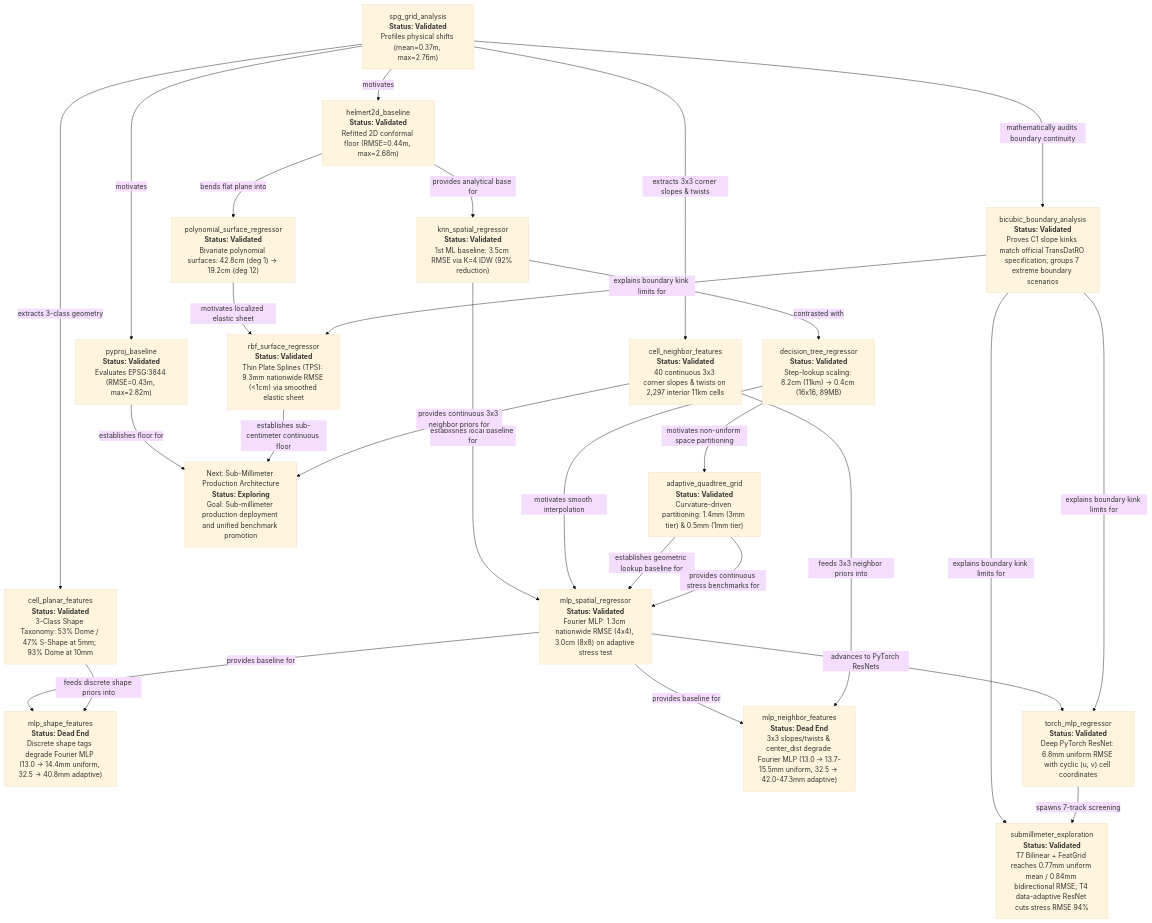
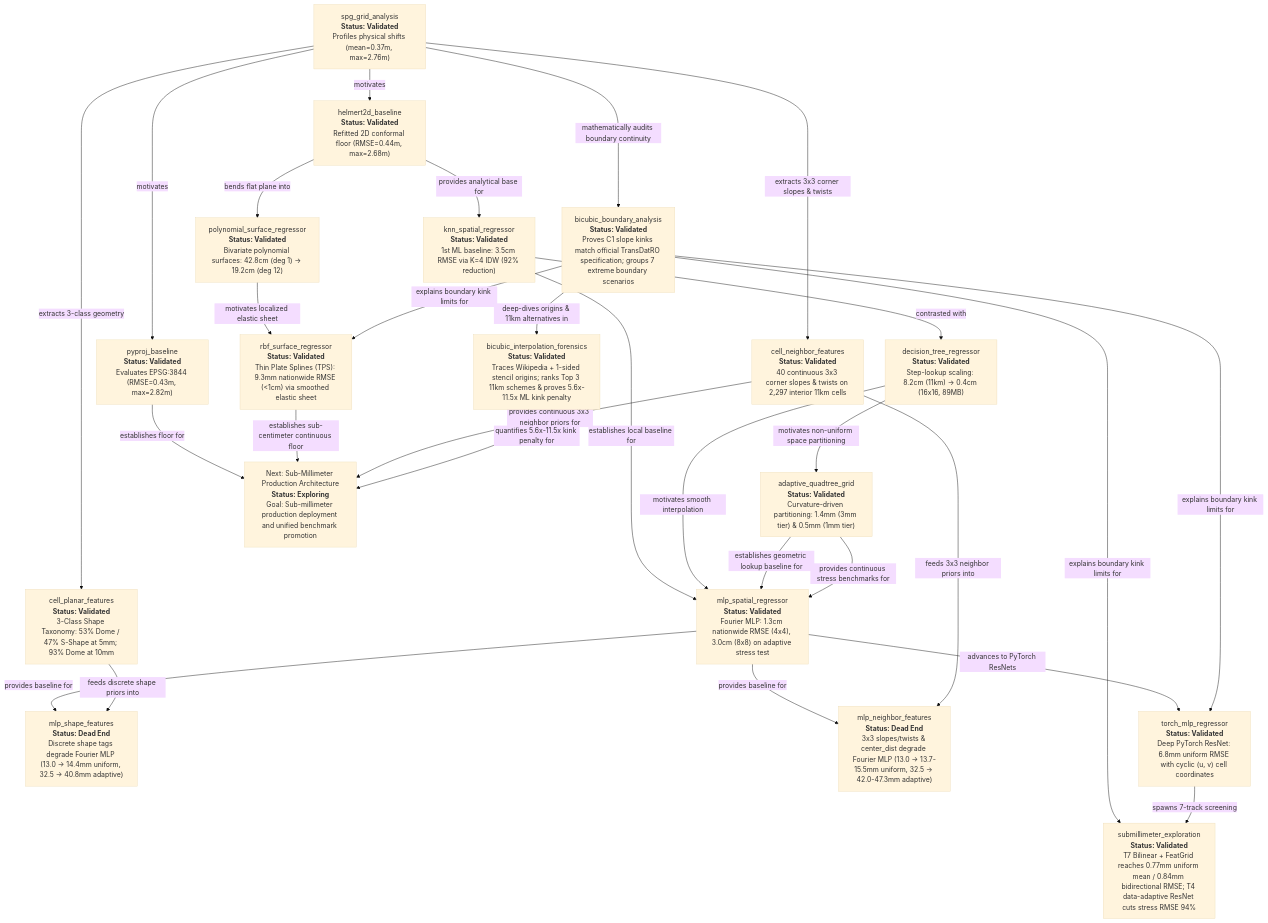
One commit to bogdanmorosanu/ml_transdat changed the diagram in docs/research/roadmap.md. Above: the diagram before and after it, drawn with Mermaid (base theme). The commit also changed other lines of this file and 17 other files, not shown here.

First line of the commit message:
feat(forensics): add bicubic interpolation forensics experiment and 11km alternatives

````diff
--- a/docs/research/roadmap.md
+++ b/docs/research/roadmap.md
@@ -11,47 +11,50 @@
 ```mermaid
 flowchart TD
     SPG["spg_grid_analysis<br><b>Status: Validated</b><br>Profiles physical shifts (mean=0.37m, max=2.76m)"]
     PROJ["pyproj_baseline<br><b>Status: Validated</b><br>Evaluates EPSG:3844 (RMSE=0.43m, max=2.82m)"]
     H2D["helmert2d_baseline<br><b>Status: Validated</b><br>Refitted 2D conformal floor (RMSE=0.44m, max=2.68m)"]
     POLY["polynomial_surface_regressor<br><b>Status: Validated</b><br>Bivariate polynomial surfaces: 42.8cm (deg 1) -> 19.2cm (deg 12)"]
     RBF["rbf_surface_regressor<br><b>Status: Validated</b><br>Thin Plate Splines (TPS): 9.3mm nationwide RMSE (<1cm) via smoothed elastic sheet"]
     KNN["knn_spatial_regressor<br><b>Status: Validated</b><br>1st ML baseline: 3.5cm RMSE via K=4 IDW (92% reduction)"]
     DT["decision_tree_regressor<br><b>Status: Validated</b><br>Step-lookup scaling: 8.2cm (11km) -> 0.4cm (16x16, 89MB)"]
     AQG["adaptive_quadtree_grid<br><b>Status: Validated</b><br>Curvature-driven partitioning: 1.4mm (3mm tier) & 0.5mm (1mm tier)"]
     MLP["mlp_spatial_regressor<br><b>Status: Validated</b><br>Fourier MLP: 1.3cm nationwide RMSE (4x4), 3.0cm (8x8) on adaptive stress test"]
     CSF["cell_planar_features<br><b>Status: Validated</b><br>3-Class Shape Taxonomy: 53% Dome / 47% S-Shape at 5mm; 93% Dome at 10mm"]
     MSF["mlp_shape_features<br><b>Status: Dead End</b><br>Discrete shape tags degrade Fourier MLP (13.0 -> 14.4mm uniform, 32.5 -> 40.8mm adaptive)"]
     CNF["cell_neighbor_features<br><b>Status: Validated</b><br>40 continuous 3x3 corner slopes & twists on 2,297 interior 11km cells"]
     MNF["mlp_neighbor_features<br><b>Status: Dead End</b><br>3x3 slopes/twists & center_dist degrade Fourier MLP (13.0 -> 13.7-15.5mm uniform, 32.5 -> 42.0-47.3mm adaptive)"]
     BBA["bicubic_boundary_analysis<br><b>Status: Validated</b><br>Proves C1 slope kinks match official TransDatRO specification; groups 7 extreme boundary scenarios"]
+    BIF["bicubic_interpolation_forensics<br><b>Status: Validated</b><br>Traces Wikipedia + 1-sided stencil origins; ranks Top 3 11km schemes & proves 5.6x-11.5x ML kink penalty"]
     TMLP["torch_mlp_regressor<br><b>Status: Validated</b><br>Deep PyTorch ResNet: 6.8mm uniform RMSE with cyclic (u, v) cell coordinates"]
     SME["submillimeter_exploration<br><b>Status: Validated</b><br>T7 Bilinear + FeatGrid reaches 0.77mm uniform mean / 0.84mm bidirectional RMSE; T4 data-adaptive ResNet cuts stress RMSE 94%"]
     ML["Next: Sub-Millimeter Production Architecture<br><b>Status: Exploring</b><br>Goal: Sub-millimeter production deployment and unified benchmark promotion"]
 
     SPG -->|"motivates"| PROJ
     SPG -->|"motivates"| H2D
     SPG -->|"extracts 3-class geometry"| CSF
     SPG -->|"extracts 3x3 corner slopes & twists"| CNF
     SPG -->|"mathematically audits boundary continuity"| BBA
     PROJ -->|"establishes floor for"| ML
     H2D -->|"bends flat plane into"| POLY
     H2D -->|"provides analytical base for"| KNN
     POLY -->|"motivates localized elastic sheet"| RBF
     RBF -->|"establishes sub-centimeter continuous floor"| ML
     KNN -->|"establishes local baseline for"| MLP
     KNN -->|"contrasted with"| DT
     DT -->|"motivates non-uniform space partitioning"| AQG
     DT -->|"motivates smooth interpolation"| MLP
     AQG -->|"establishes geometric lookup baseline for"| MLP
     AQG -->|"provides continuous stress benchmarks for"| MLP
     MLP -->|"provides baseline for"| MSF
     MLP -->|"provides baseline for"| MNF
     MLP -->|"advances to PyTorch ResNets"| TMLP
     CSF -->|"feeds discrete shape priors into"| MSF
     CNF -->|"feeds 3x3 neighbor priors into"| MNF
     CNF -->|"provides continuous 3x3 neighbor priors for"| ML
     BBA -->|"explains boundary kink limits for"| RBF
     BBA -->|"explains boundary kink limits for"| TMLP
     BBA -->|"explains boundary kink limits for"| SME
+    BBA -->|"deep-dives origins & 11km alternatives in"| BIF
+    BIF -->|"quantifies 5.6x-11.5x kink penalty for"| ML
     TMLP -->|"spawns 7-track screening"| SME
 ```
````
